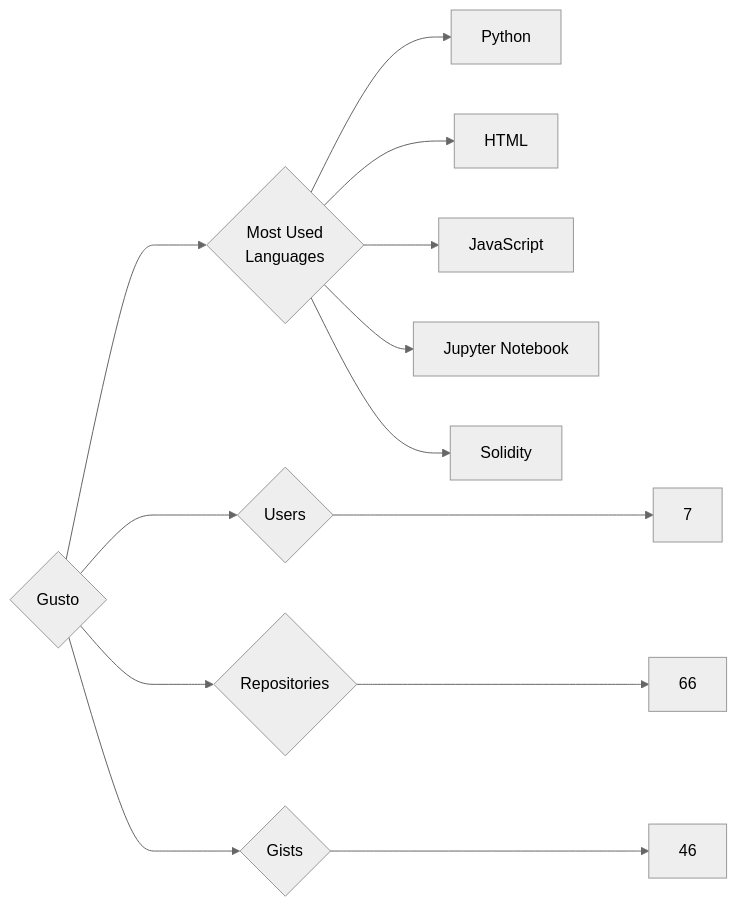
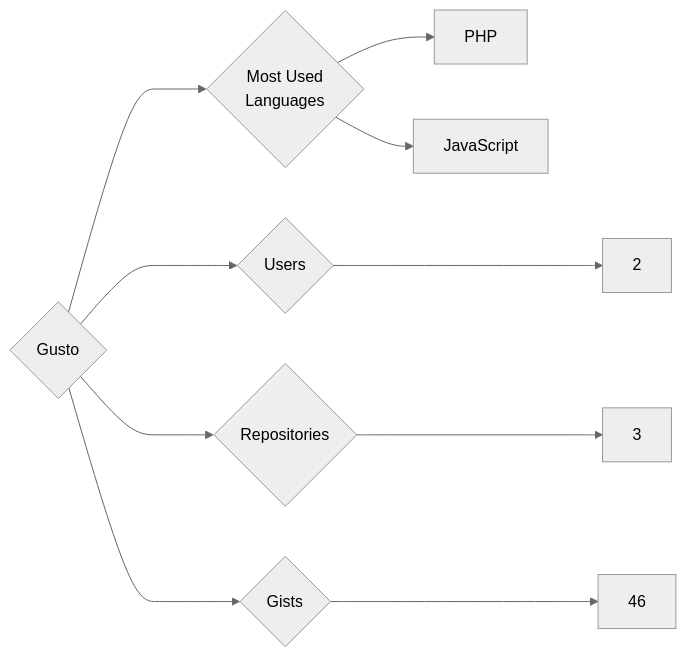
Before and after one commit to trickest/insiders: the diagram in targets/Gusto/README.md, drawn with Mermaid (neutral theme). The commit also changed 840 other files, not shown here.

````diff
--- a/targets/Gusto/README.md
+++ b/targets/Gusto/README.md
@@ -3,13 +3,10 @@
 ```mermaid
 graph LR
 COMPANY_NAME{Gusto}
-COMPANY_NAME ---> U{Users} ---> UN[7]
-COMPANY_NAME ---> R{Repositories} ---> RN[66]
+COMPANY_NAME ---> U{Users} ---> UN[2]
+COMPANY_NAME ---> R{Repositories} ---> RN[3]
 COMPANY_NAME ---> G{Gists} ---> GN[46]
 COMPANY_NAME ---> ML{Most Used<br>Languages}
-ML --> Python[Python]
-ML --> HTML[HTML]
+ML --> PHP[PHP]
 ML --> JavaScript[JavaScript]
-ML --> Jupyter_Notebook[Jupyter Notebook]
-ML --> Solidity[Solidity]
 ```
````
